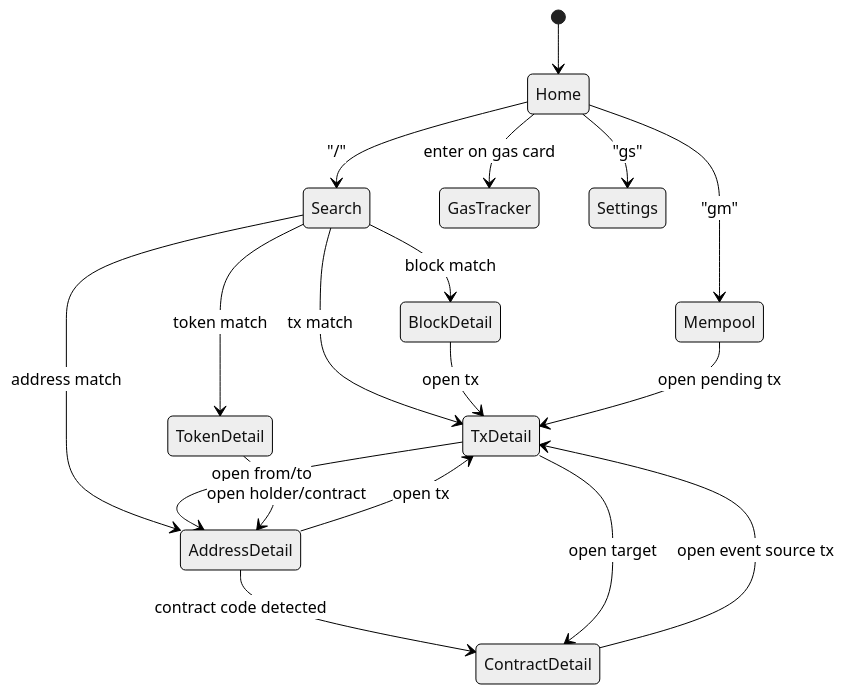
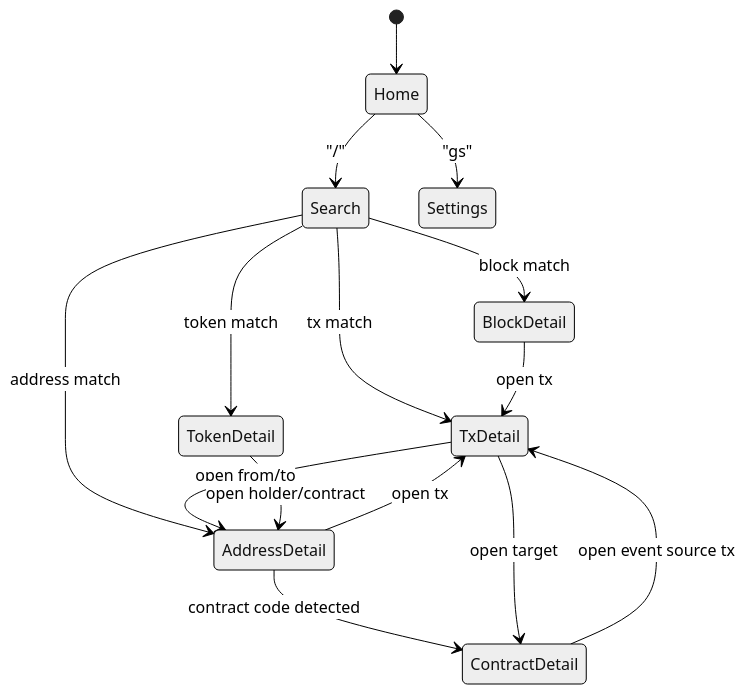
One commit to LeoPapais/tui-blockexplorer changed the second of 4 diagrams in plan/0-general-architecture.md. Above: the diagram before and after it, drawn with Mermaid (neutral theme). The commit also changed other lines of this file and 54 other files, not shown here.

First line of the commit message:
chore: remove mempool and full-screen gas tracker

````diff
--- a/plan/0-general-architecture.md
+++ b/plan/0-general-architecture.md
@@ -53,20 +53,17 @@
 ```mermaid
 stateDiagram-v2
   [*] --> Home
   Home --> Search: "/"
   Search --> BlockDetail: block match
   Search --> TxDetail: tx match
   Search --> AddressDetail: address match
   Search --> TokenDetail: token match
-  Home --> GasTracker: enter on gas card
-  Home --> Mempool: "gm"
   Home --> Settings: "gs"
   AddressDetail --> ContractDetail: contract code detected
   AddressDetail --> TxDetail: open tx
   BlockDetail --> TxDetail: open tx
   TxDetail --> AddressDetail: open from/to
   TxDetail --> ContractDetail: open target
   ContractDetail --> TxDetail: open event source tx
   TokenDetail --> AddressDetail: open holder/contract
-  Mempool --> TxDetail: open pending tx
 ```
````
